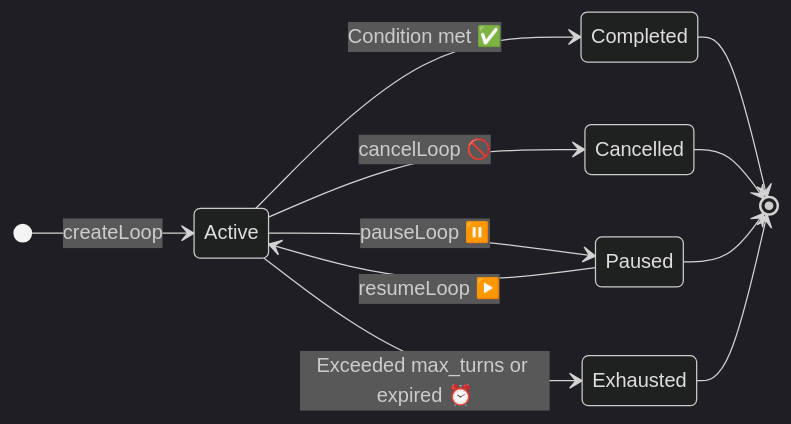
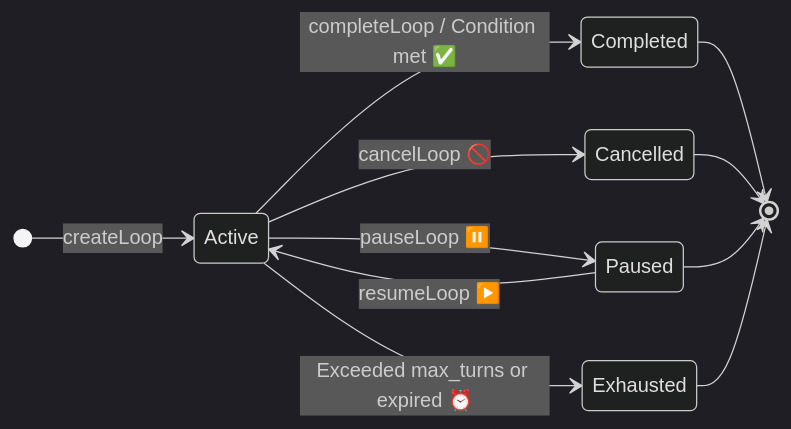
The sixth of 6 diagrams in src/content/docs/en/features/llm-tools.md (rtc-agent/docs), drawn with Mermaid (dark theme) before and after one commit. The commit also changed other lines of this file and 13 other files, not shown here.

````diff
--- a/src/content/docs/en/features/llm-tools.md
+++ b/src/content/docs/en/features/llm-tools.md
@@ -319,16 +395,16 @@
 ```mermaid
 stateDiagram-v2
     direction LR
 
     [*] --> Active: createLoop
     Active --> Paused: pauseLoop ⏸️
     Paused --> Active: resumeLoop ▶️
-    Active --> Completed: Condition met ✅
+    Active --> Completed: completeLoop / Condition met ✅
     Active --> Cancelled: cancelLoop 🚫
     Active --> Exhausted: Exceeded max_turns or expired ⏰
 
     Completed --> [*]
     Cancelled --> [*]
     Paused --> [*]
     Exhausted --> [*]
 ```
````
